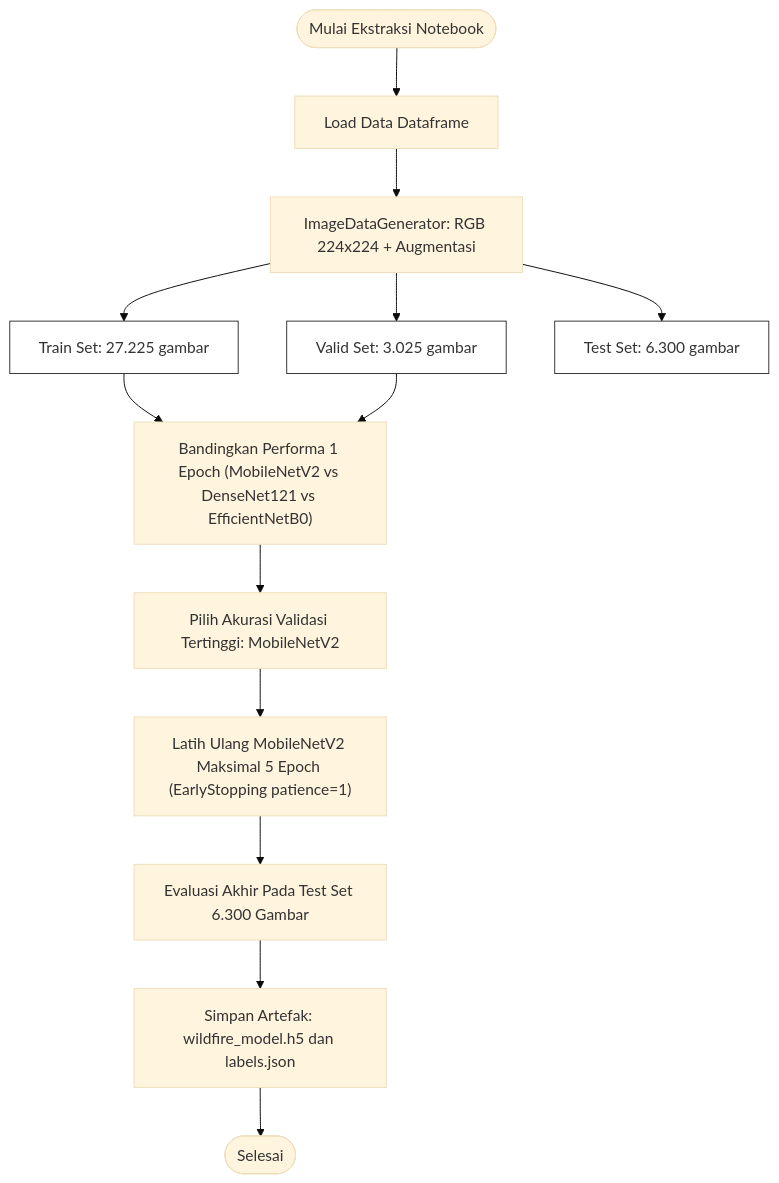
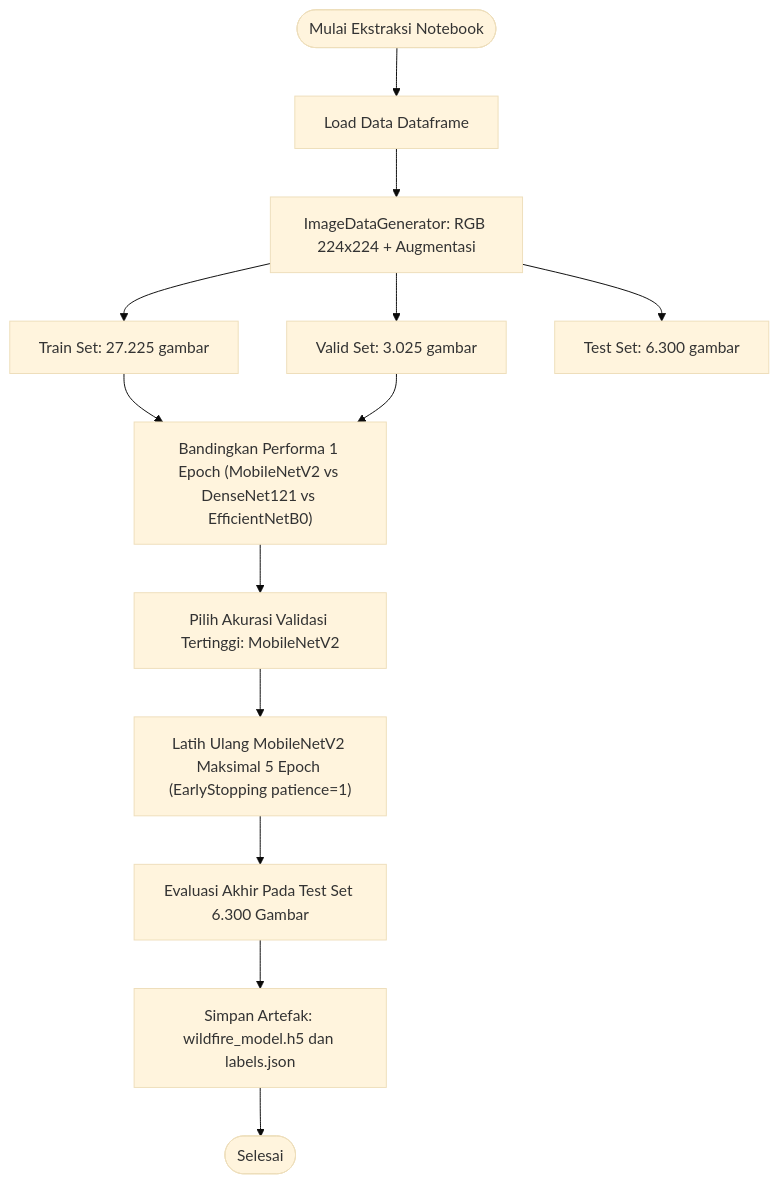
One commit to hissyam90/kalimantan-wildfire-hotspot-detection changed the third of 4 diagrams in docs/MODEL_TRAINING.md. Above: the diagram before and after it, drawn with Mermaid (base theme). The commit also changed other lines of this file, not shown here.

````diff
--- a/docs/MODEL_TRAINING.md
+++ b/docs/MODEL_TRAINING.md
@@ -103,22 +98,18 @@
 ```mermaid
 graph TD
     Start([Mulai Ekstraksi Notebook]) --> LoadData["Load Data Dataframe"]
     LoadData --> Gen["ImageDataGenerator: RGB 224x224 + Augmentasi"]
     
     Gen --> TrainA["Train Set: 27.225 gambar"]
     Gen --> ValidA["Valid Set: 3.025 gambar"]
     Gen --> TestA["Test Set: 6.300 gambar"]
 
     TrainA --> Compare["Bandingkan Performa 1 Epoch (MobileNetV2 vs DenseNet121 vs EfficientNetB0)"]
     ValidA --> Compare
     Compare --> Select["Pilih Akurasi Validasi Tertinggi: MobileNetV2"]
     
     Select --> TrainFinal["Latih Ulang MobileNetV2 Maksimal 5 Epoch (EarlyStopping patience=1)"]
     TrainFinal --> Eval["Evaluasi Akhir Pada Test Set 6.300 Gambar"]
     Eval --> Save["Simpan Artefak: wildfire_model.h5 dan labels.json"]
     Save --> End([Selesai])
-
-    style TrainA fill:#ffffff,stroke:#333
-    style ValidA fill:#ffffff,stroke:#333
-    style TestA fill:#ffffff,stroke:#333
 ```
````
